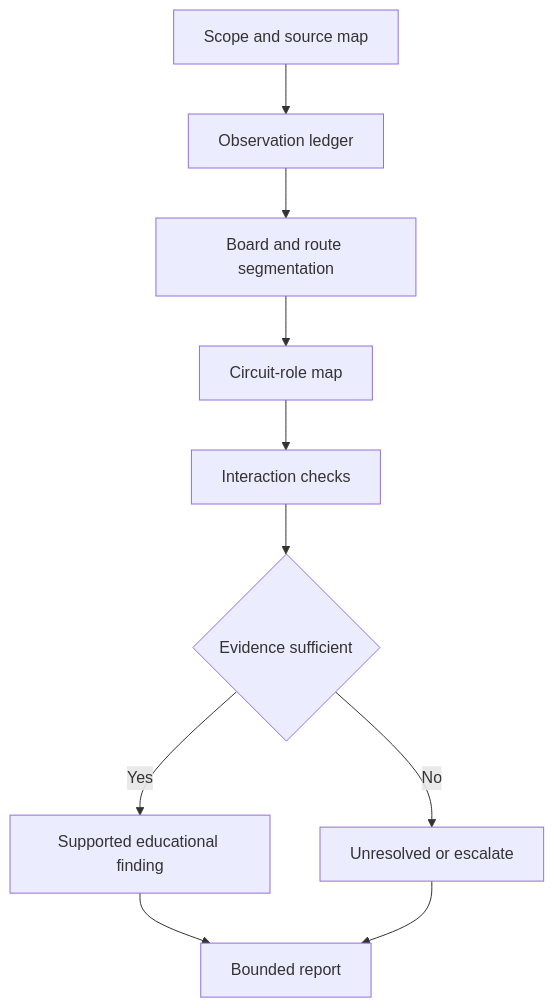
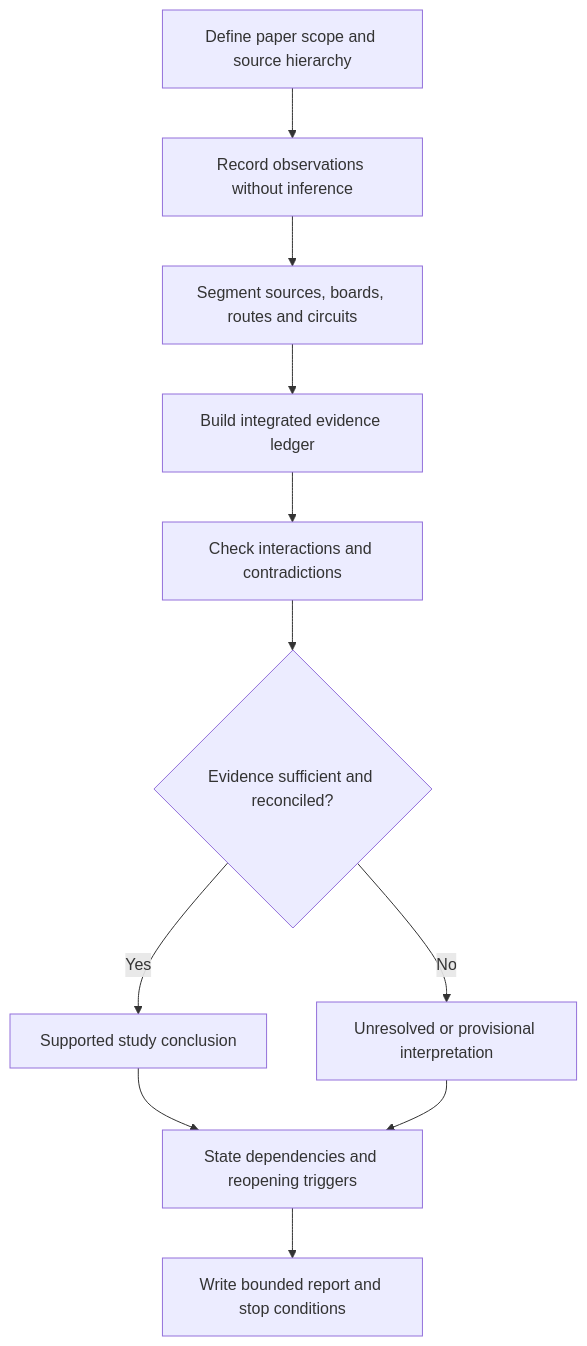
One commit to andrew3stedall/capstone changed the first of 2 diagrams in docs/learning-plans/6-week/modules/day-28-week-4-switchboard-and-wiring-system-inspection-exercise.md. Above: the diagram before and after it, drawn with Mermaid. The commit also changed other lines of this file and 4 other files, not shown here.

````diff
--- a/docs/learning-plans/6-week/modules/day-28-week-4-switchboard-and-wiring-system-inspection-exercise.md
+++ b/docs/learning-plans/6-week/modules/day-28-week-4-switchboard-and-wiring-system-inspection-exercise.md
@@ -52,12 +87,13 @@
 ```mermaid
 flowchart TD
-    A[Scope and source map] --> B[Observation ledger]
-    B --> C[Board and route segmentation]
-    C --> D[Circuit-role map]
-    D --> E[Interaction checks]
-    E --> F{Evidence sufficient}
-    F -->|Yes| G[Supported educational finding]
-    F -->|No| H[Unresolved or escalate]
-    G --> I[Bounded report]
+    A[Define paper scope and source hierarchy] --> B[Record observations without inference]
+    B --> C[Segment sources, boards, routes and circuits]
+    C --> D[Build integrated evidence ledger]
+    D --> E[Check interactions and contradictions]
+    E --> F{Evidence sufficient and reconciled?}
+    F -->|Yes| G[Supported study conclusion]
+    F -->|No| H[Unresolved or provisional interpretation]
+    G --> I[State dependencies and reopening triggers]
     H --> I
+    I --> J[Write bounded report and stop conditions]
 ```
````
